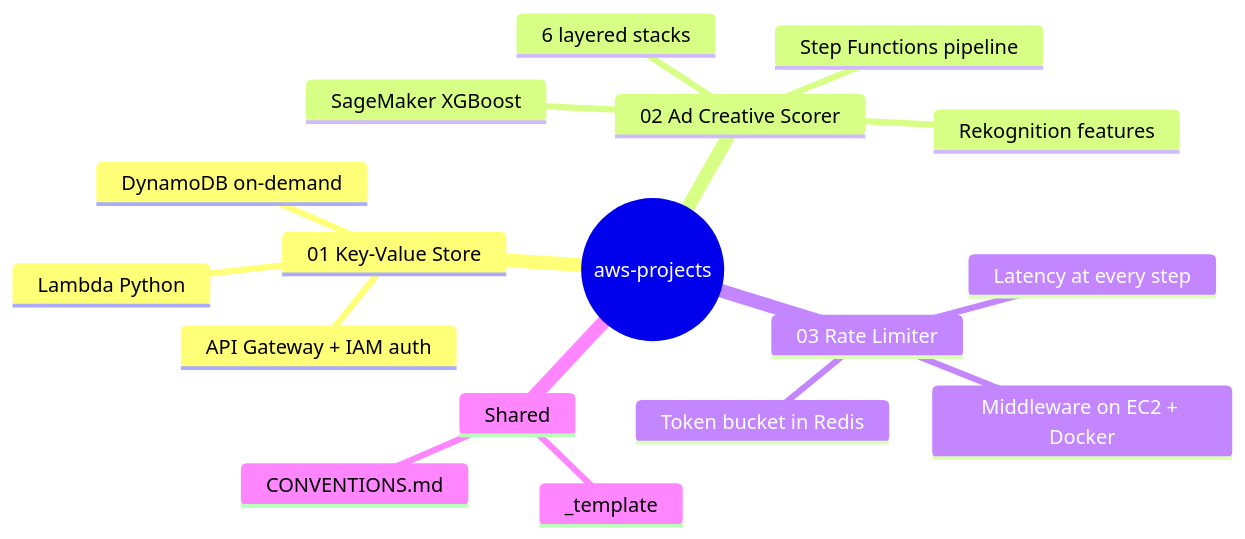
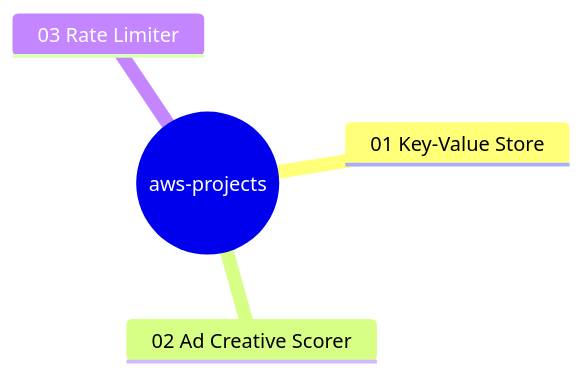
One commit to TareDevarsh/AWS-cloudformation-projects changed the first of 3 diagrams in README.md. Above: the diagram before and after it, drawn with Mermaid.

Commit message:
README: portfolio mindmap shows projects only

````diff
--- a/README.md
+++ b/README.md
@@ -47,20 +47,7 @@
 ```mermaid
 mindmap
   root((aws-projects))
     01 Key-Value Store
-      API Gateway + IAM auth
-      Lambda Python
-      DynamoDB on-demand
     02 Ad Creative Scorer
-      Step Functions pipeline
-      Rekognition features
-      SageMaker XGBoost
-      6 layered stacks
     03 Rate Limiter
-      Middleware on EC2 + Docker
-      Token bucket in Redis
-      Latency at every step
-    Shared
-      CONVENTIONS.md
-      _template
 ```
````
